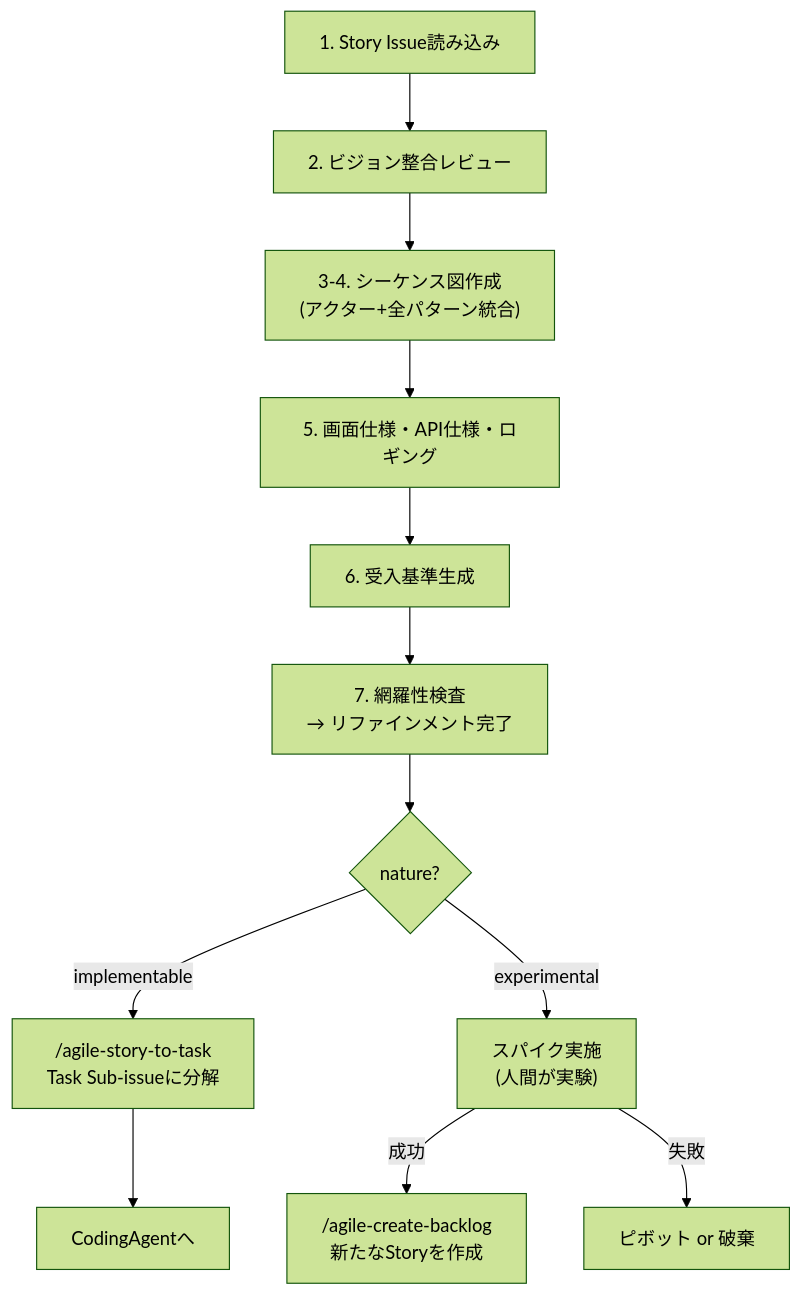
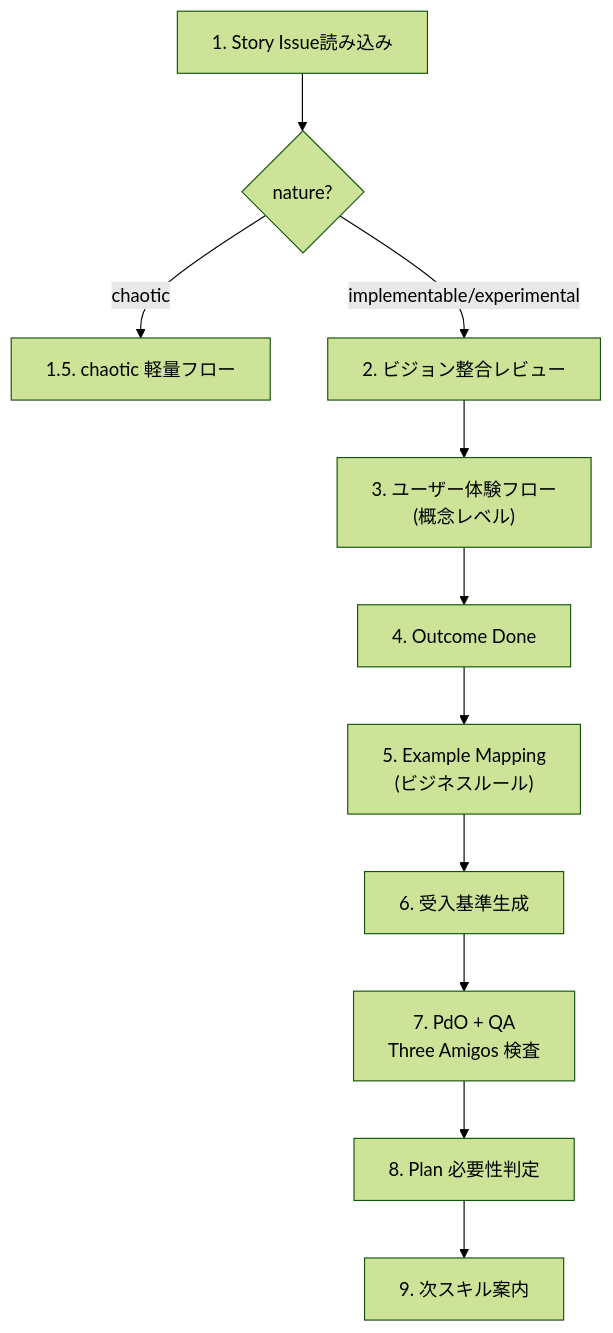
Before and after one commit to mrtry-lab/skills: the first of 2 diagrams in skills/agile-refine-backlog/SKILL.md, drawn with Mermaid (forest theme). The commit also changed other lines of this file, not shown here.

First line of the commit message:
refactor(agile-refine-backlog): focus on Story responsibility, delegate How to plan

````diff
--- a/skills/agile-refine-backlog/SKILL.md
+++ b/skills/agile-refine-backlog/SKILL.md
@@ -35,21 +37,19 @@
 ```mermaid
 flowchart TB
   read["1. Story Issue読み込み"]
+  chaotic_check{"nature?"}
+  light["1.5. chaotic 軽量フロー"]
   value["2. ビジョン整合レビュー"]
-  seq["3-4. シーケンス図作成\n(アクター+全パターン統合)"]
-  detail["5. 画面仕様・API仕様・ロギング"]
+  ux["3. ユーザー体験フロー\n(概念レベル)"]
+  outcome["4. Outcome Done"]
+  rules["5. Example Mapping\n(ビジネスルール)"]
   ac["6. 受入基準生成"]
-  scoring["7. 網羅性検査\n→ リファインメント完了"]
-  branch{"nature?"}
-  task["/agile-story-to-task\nTask Sub-issueに分解"]
-  coding["CodingAgentへ"]
-  spike["スパイク実施\n(人間が実験)"]
-  newstory["/agile-create-backlog\n新たなStoryを作成"]
-  pivot["ピボット or 破棄"]
+  scoring["7. PdO + QA\nThree Amigos 検査"]
+  plan_decision["8. Plan 必要性判定"]
+  next["9. 次スキル案内"]
 
-  read --> value --> seq --> detail --> ac --> scoring --> branch
-  branch -- "implementable" --> task --> coding
-  branch -- "experimental" --> spike
-  spike -- "成功" --> newstory
-  spike -- "失敗" --> pivot
+  read --> chaotic_check
+  chaotic_check -- "chaotic" --> light
+  chaotic_check -- "implementable/experimental" --> value
+  value --> ux --> outcome --> rules --> ac --> scoring --> plan_decision --> next
 ```
````
